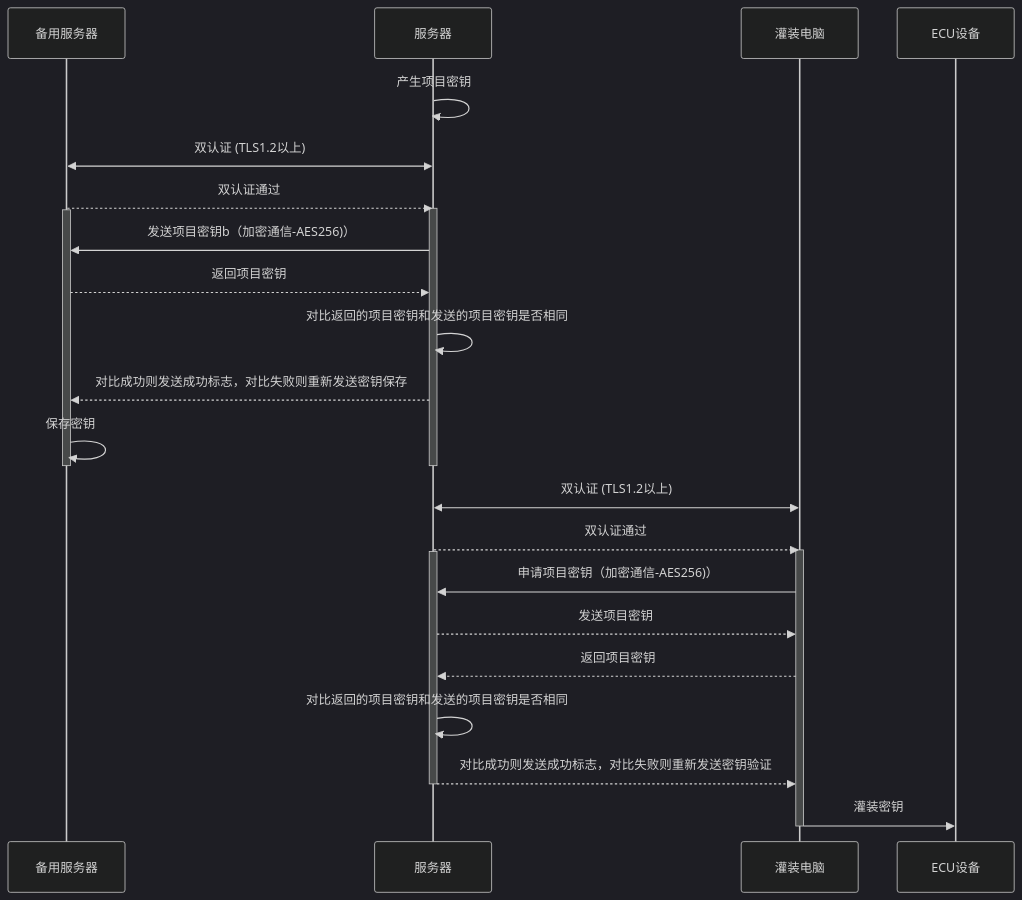
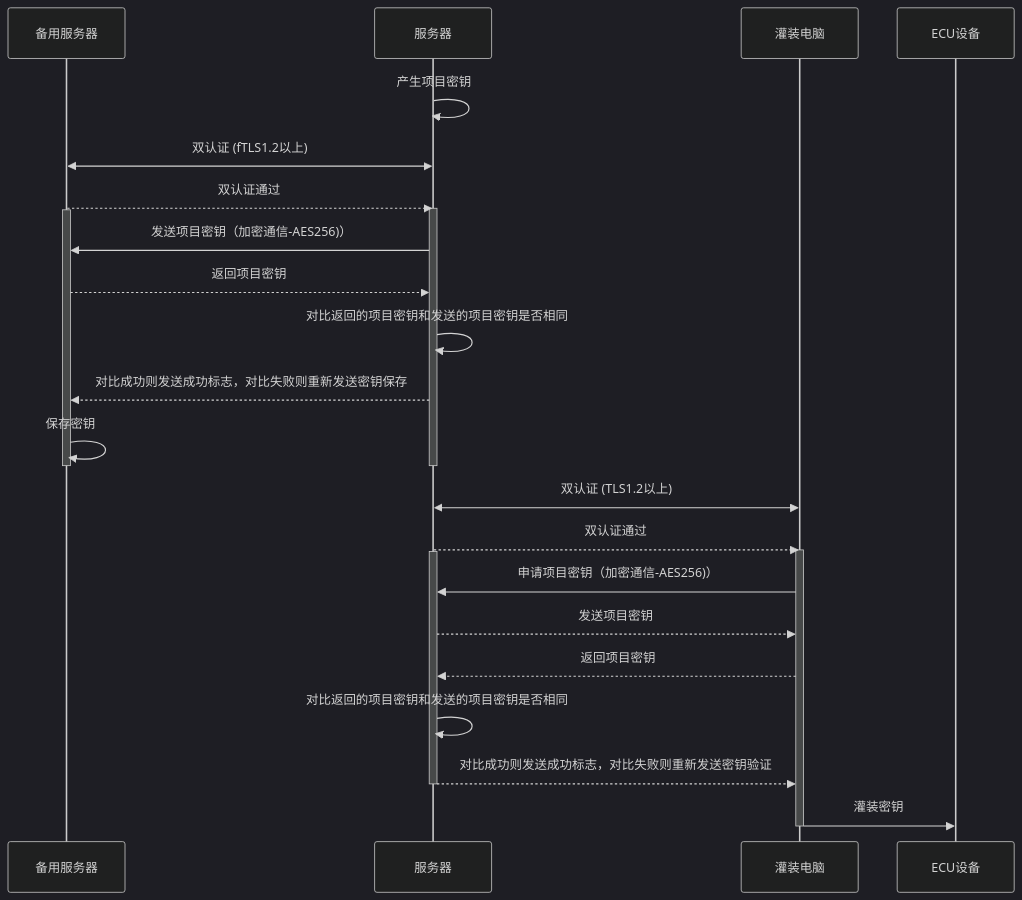
One commit to facebook-cloud/iodraw-files changed the diagram in all/未命名-10.md. Above: the diagram before and after it, drawn with Mermaid (dark theme).

Commit message:
2026-01-23 13:31:47 update

````diff
--- a/all/未命名-10.md
+++ b/all/未命名-10.md
@@ -1,35 +1,35 @@
 ```mermaid
 sequenceDiagram
     participant B as 备用服务器
     participant A as 服务器
     participant C as 灌装电脑
     participant D as ECU设备
 
     A->>A: 产生项目密钥
-    A<<->>B: 双认证 (TLS1.2以上)
+    A<<->>B: 双认证 (fTLS1.2以上)
     B-->>A: 双认证通过
     activate A
     activate B
-    A->>B: 发送项目密钥b（加密通信-AES256)）
+    A->>B: 发送项目密钥（加密通信-AES256)）
     B-->>A: 返回项目密钥
 
     A->>A: 对比返回的项目密钥和发送的项目密钥是否相同
     A-->>B: 对比成功则发送成功标志，对比失败则重新发送密钥保存
     B->>B: 保存密钥
     deactivate B
     deactivate A
 
     C<<->>A: 双认证 (TLS1.2以上)
     A-->>C: 双认证通过
     activate C
     activate A
     C->>A: 申请项目密钥（加密通信-AES256)）
     A-->>C: 发送项目密钥
     C-->>A: 返回项目密钥
     A->>A: 对比返回的项目密钥和发送的项目密钥是否相同
     A-->>C: 对比成功则发送成功标志，对比失败则重新发送密钥验证
     deactivate A
     C->>D: 灌装密钥
     deactivate C
 
 ```
````
